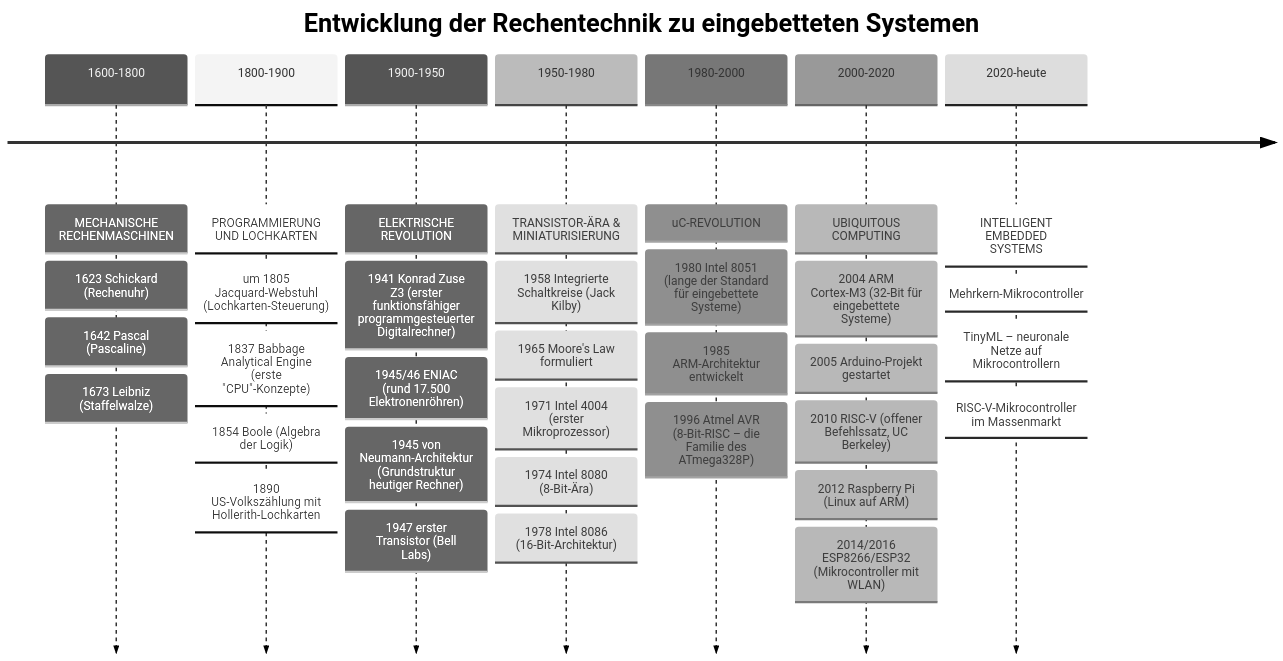
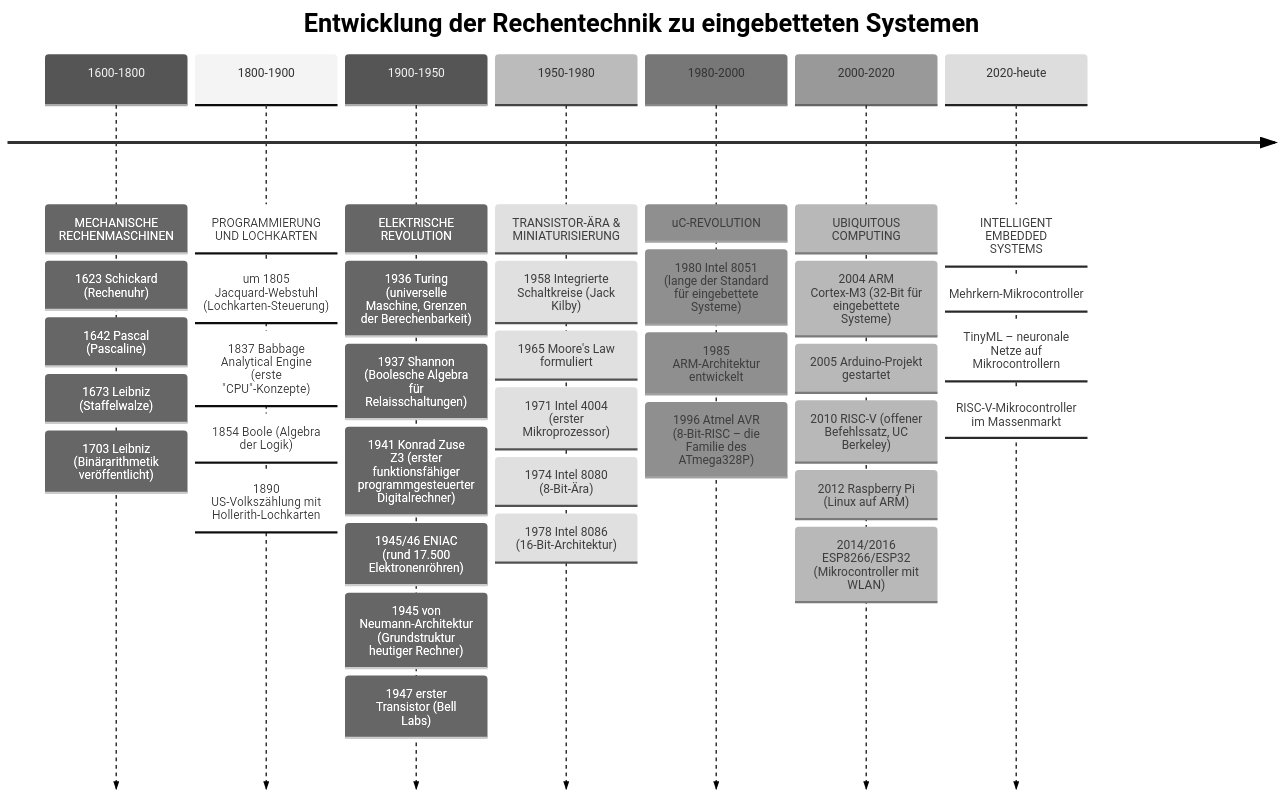
One commit to TUBAF-IfI-LiaScript/VL_EingebetteteSysteme changed the diagram in 01_HistorischerUeberblick.md. Above: the diagram before and after it, drawn with Mermaid (neutral theme). The commit also changed other lines of this file and 5 other files, not shown here.

Commit message:
Lecture 01: place-value system, Leibniz, Boole, Turing, updated Moore's law and forecasts

````diff
--- a/01_HistorischerUeberblick.md
+++ b/01_HistorischerUeberblick.md
@@ -161,45 +162,48 @@
 ```mermaid @mermaid
 timeline
     title Entwicklung der Rechentechnik zu eingebetteten Systemen
 
     1600-1800 : MECHANISCHE RECHENMASCHINEN
               : 1623 Schickard (Rechenuhr)
               : 1642 Pascal (Pascaline)
               : 1673 Leibniz (Staffelwalze)
+              : 1703 Leibniz (Binärarithmetik veröffentlicht)
 
     1800-1900 : PROGRAMMIERUNG UND LOCHKARTEN
               : um 1805 Jacquard-Webstuhl (Lochkarten-Steuerung)
               : 1837 Babbage Analytical Engine (erste "CPU"-Konzepte)
               : 1854 Boole (Algebra der Logik)
               : 1890 US-Volkszählung mit Hollerith-Lochkarten
 
     1900-1950 : ELEKTRISCHE REVOLUTION
+              : 1936 Turing (universelle Maschine, Grenzen der Berechenbarkeit)
+              : 1937 Shannon (Boolesche Algebra für Relaisschaltungen)
               : 1941 Konrad Zuse Z3 (erster funktionsfähiger programmgesteuerter Digitalrechner)
               : 1945/46 ENIAC (rund 17.500 Elektronenröhren)
               : 1945 von Neumann-Architektur (Grundstruktur heutiger Rechner)
               : 1947 erster Transistor (Bell Labs)
 
     1950-1980 : TRANSISTOR-ÄRA & MINIATURISIERUNG
               : 1958 Integrierte Schaltkreise (Jack Kilby)
               : 1965 Moore's Law formuliert
               : 1971 Intel 4004 (erster Mikroprozessor)
               : 1974 Intel 8080 (8-Bit-Ära)
               : 1978 Intel 8086 (16-Bit-Architektur)
 
     1980-2000 : uC-REVOLUTION
               : 1980 Intel 8051 (lange der Standard für eingebettete Systeme)
               : 1985 ARM-Architektur entwickelt
               : 1996 Atmel AVR (8-Bit-RISC – die Familie des ATmega328P)
 
     2000-2020 : UBIQUITOUS COMPUTING
                : 2004 ARM Cortex-M3 (32-Bit für eingebettete Systeme)
                : 2005 Arduino-Projekt gestartet
                : 2010 RISC-V (offener Befehlssatz, UC Berkeley)
                : 2012 Raspberry Pi (Linux auf ARM)
                : 2014/2016 ESP8266/ESP32 (Mikrocontroller mit WLAN)
 
     2020-heute : INTELLIGENT EMBEDDED SYSTEMS
                 : Mehrkern-Mikrocontroller
                 : TinyML – neuronale Netze auf Mikrocontrollern
                 : RISC-V-Mikrocontroller im Massenmarkt
 ```
````
